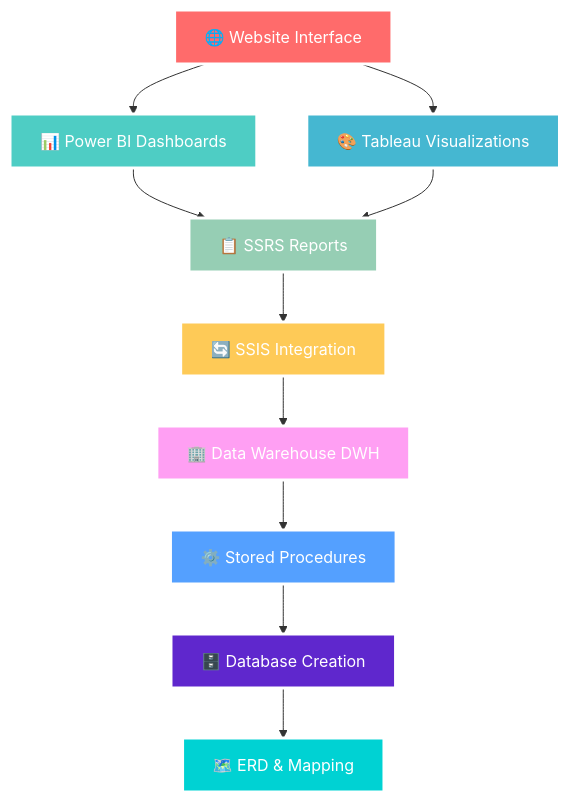
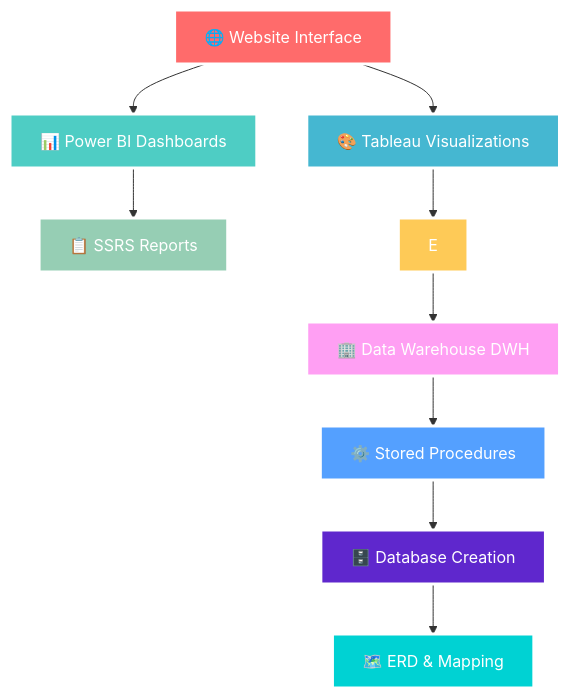
The diagram in README.md (ZiadSharaf/ITI-Examination-System), drawn with Mermaid before and after one commit.

````diff
--- a/README.md
+++ b/README.md
@@ -77,22 +77,21 @@
 ```mermaid
 graph TB
    A[🌐 Website Interface] --> B[📊 Power BI Dashboards]
    A --> C[🎨 Tableau Visualizations]
    B --> D[📋 SSRS Reports]
-   C --> D
-   D --> E[🔄 SSIS Integration]
+   C --> E
    E --> F[🏢 Data Warehouse DWH]
    F --> G[⚙️ Stored Procedures]
    G --> H[🗄️ Database Creation]
    H --> I[🗺️ ERD & Mapping]
    
    style A fill:#ff6b6b,stroke:#fff,stroke-width:3px,color:#fff
    style B fill:#4ecdc4,stroke:#fff,stroke-width:3px,color:#fff
    style C fill:#45b7d1,stroke:#fff,stroke-width:3px,color:#fff
    style D fill:#96ceb4,stroke:#fff,stroke-width:3px,color:#fff
    style E fill:#feca57,stroke:#fff,stroke-width:3px,color:#fff
    style F fill:#ff9ff3,stroke:#fff,stroke-width:3px,color:#fff
    style G fill:#54a0ff,stroke:#fff,stroke-width:3px,color:#fff
    style H fill:#5f27cd,stroke:#fff,stroke-width:3px,color:#fff
    style I fill:#00d2d3,stroke:#fff,stroke-width:3px,color:#fff
 ```
````
